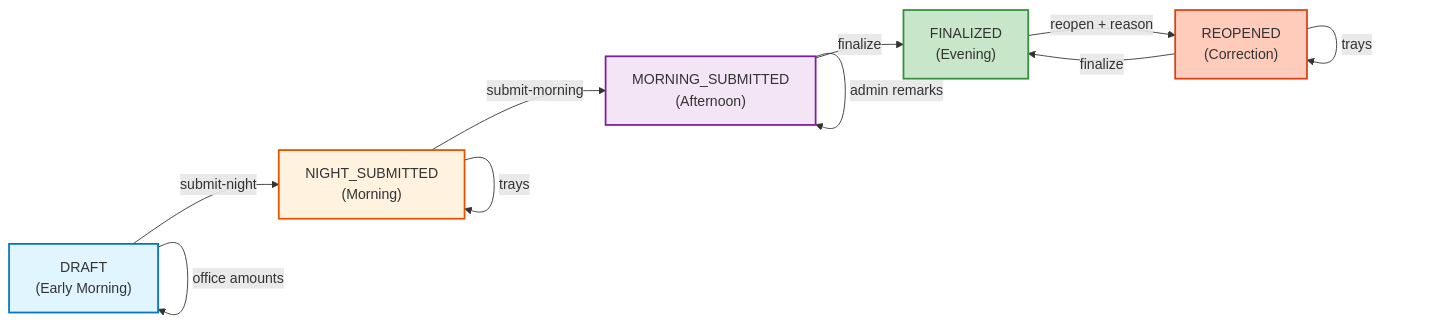
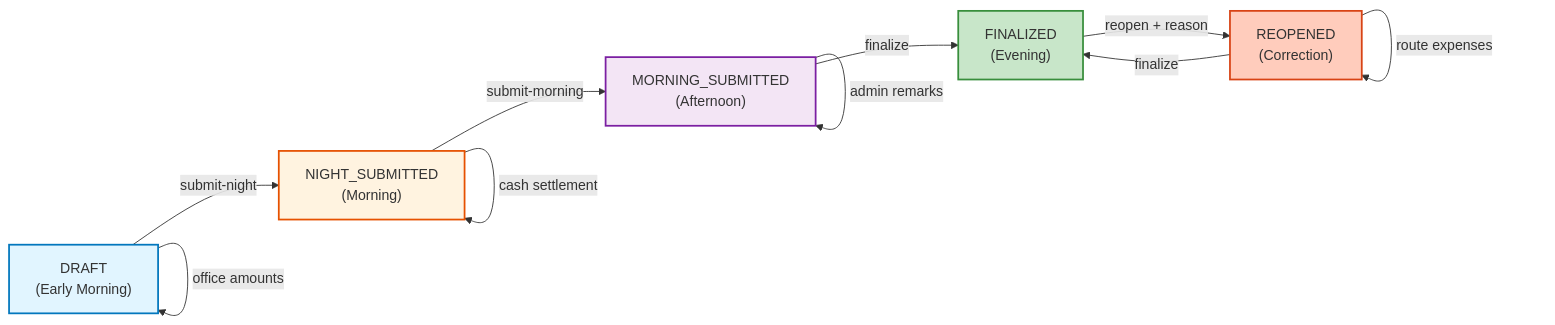
Before and after one commit to shreenal/Milk_distribution_ERP_system: the fifth of 5 diagrams in docs/9-WORKFLOWS.md, drawn with Mermaid. The commit also changed other lines of this file and 43 other files, not shown here.

Commit message:
feat(workflow): add cash settlement and align paper sale-date model

````diff
--- a/docs/9-WORKFLOWS.md
+++ b/docs/9-WORKFLOWS.md
@@ -616,37 +711,39 @@
 ```mermaid
 graph LR
     A["DRAFT<br/>(Early Morning)"]
     B["NIGHT_SUBMITTED<br/>(Morning)"]
     C["MORNING_SUBMITTED<br/>(Afternoon)"]
     D["FINALIZED<br/>(Evening)"]
     E["REOPENED<br/>(Correction)"]
     
     A -->|submit-night| B
     B -->|submit-morning| C
     C -->|finalize| D
     D -->|reopen + reason| E
     E -->|re-enter data| E
     E -->|finalize| D
     
     A -->|night orders| A
     A -->|vehicle allocation| A
     A -->|office amounts| A
     
     B -->|morning deliveries| B
     B -->|collections| B
     B -->|purchases| B
     B -->|trays| B
+    B -->|cash settlement| B
     
     C -->|admin remarks| C
     
     E -->|morning deliveries| E
     E -->|collections| E
     E -->|purchases| E
     E -->|trays| E
+    E -->|route expenses| E
     
     style A fill:#e1f5ff,stroke:#0277bd,stroke-width:2px
     style B fill:#fff3e0,stroke:#e65100,stroke-width:2px
     style C fill:#f3e5f5,stroke:#7b1fa2,stroke-width:2px
     style D fill:#c8e6c9,stroke:#388e3c,stroke-width:2px
     style E fill:#ffccbc,stroke:#d84315,stroke-width:2px
 ```
````
